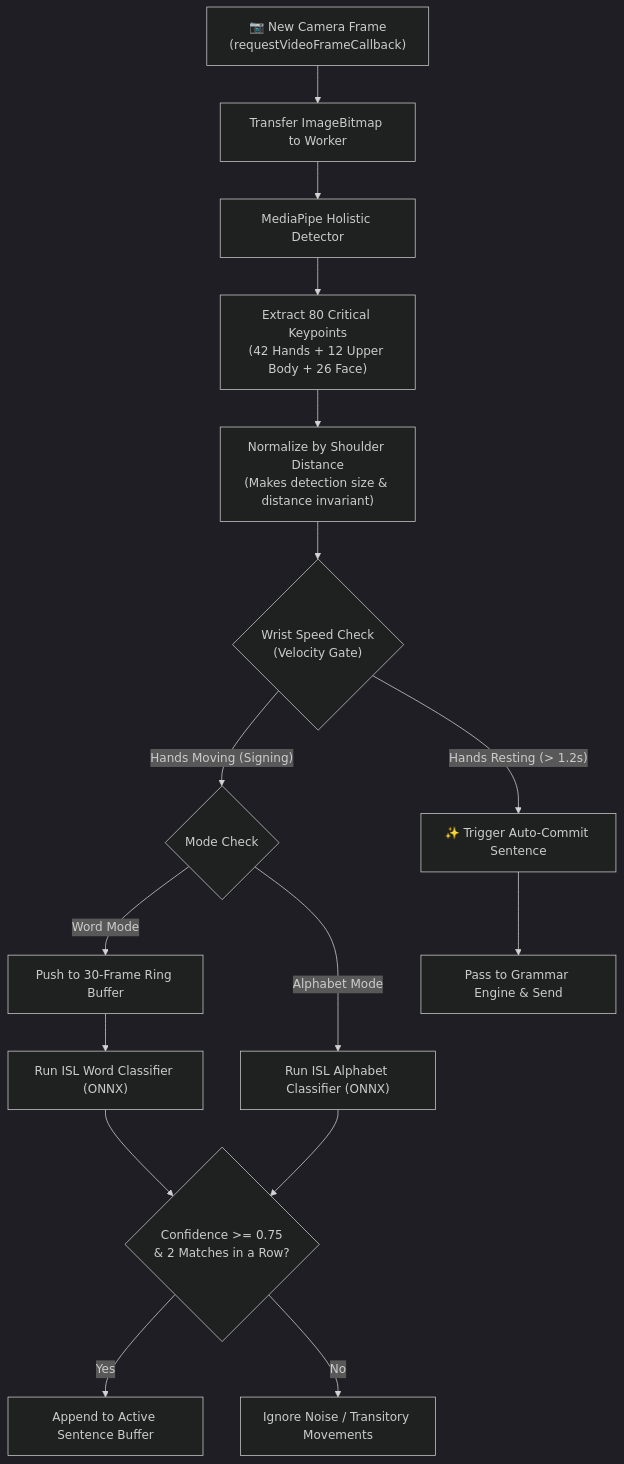
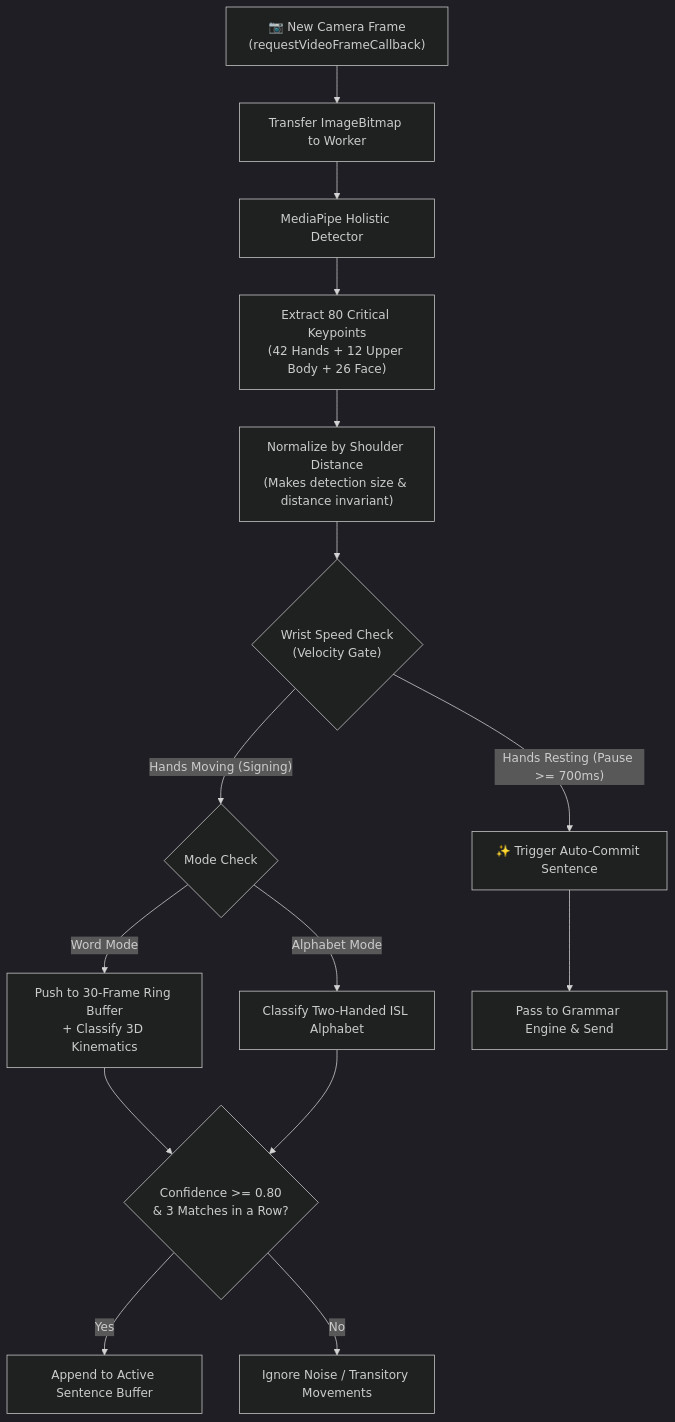
The fourth of 6 diagrams in README.md (vickysahuhere/signbridge), drawn with Mermaid (dark theme) before and after one commit. The commit also changed other lines of this file and 112 other files, not shown here.

````diff
--- a/README.md
+++ b/README.md
@@ -170,24 +172,23 @@
 ```mermaid
 flowchart TD
     F["📷 New Camera Frame\n(requestVideoFrameCallback)"] --> W["Transfer ImageBitmap to Worker"]
     W --> H["MediaPipe Holistic Detector"]
     
     H --> S["Extract 80 Critical Keypoints\n(42 Hands + 12 Upper Body + 26 Face)"]
     S --> N["Normalize by Shoulder Distance\n(Makes detection size & distance invariant)"]
     
     N --> V{"Wrist Speed Check\n(Velocity Gate)"}
     
     V -- "Hands Moving (Signing)" --> M{"Mode Check"}
-    M -- "Word Mode" --> Ring["Push to 30-Frame Ring Buffer"]
-    Ring --> ONNX1["Run ISL Word Classifier (ONNX)"]
-    M -- "Alphabet Mode" --> ONNX2["Run ISL Alphabet Classifier (ONNX)"]
+    M -- "Word Mode" --> Ring["Push to 30-Frame Ring Buffer\n+ Classify 3D Kinematics"]
+    M -- "Alphabet Mode" --> Alpha["Classify Two-Handed ISL Alphabet"]
     
-    ONNX1 --> Gate{"Confidence >= 0.75\n& 2 Matches in a Row?"}
-    ONNX2 --> Gate
+    Ring --> Gate{"Confidence >= 0.80\n& 3 Matches in a Row?"}
+    Alpha --> Gate
     
     Gate -- Yes --> Add["Append to Active Sentence Buffer"]
     Gate -- No --> Ignore["Ignore Noise / Transitory Movements"]
     
-    V -- "Hands Resting (> 1.2s)" --> AutoCommit["✨ Trigger Auto-Commit Sentence"]
+    V -- "Hands Resting (Pause >= 700ms)" --> AutoCommit["✨ Trigger Auto-Commit Sentence"]
     AutoCommit --> Gram["Pass to Grammar Engine & Send"]
 ```
````
